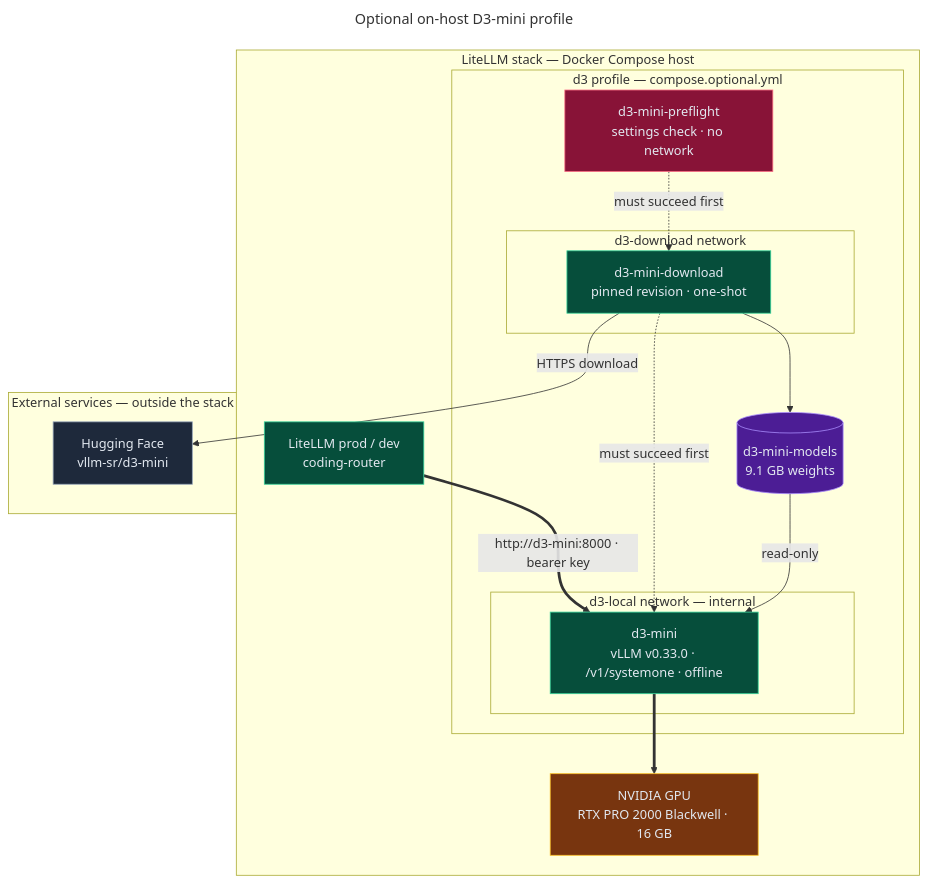
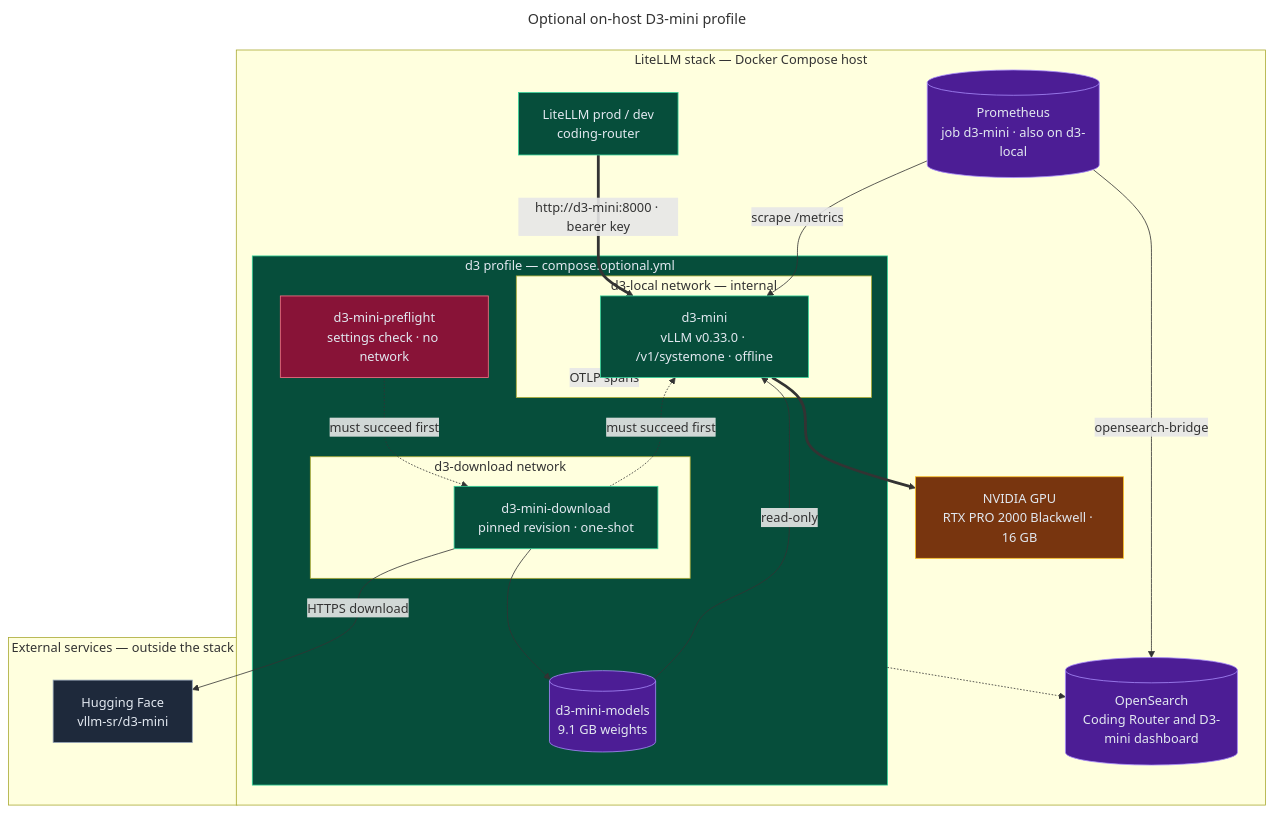
One commit to bella-1337/effective-spoon changed the diagram in diagrams/27-d3-profile.mmd. Above: the diagram before and after it, drawn with Mermaid. The commit also changed 21 other files, not shown here.

```diff
--- a/diagrams/27-d3-profile.mmd
+++ b/diagrams/27-d3-profile.mmd
@@ -1,46 +1,53 @@
 ---
 title: Optional on-host D3-mini profile
 ---
 flowchart TD
   %% Source for 27-d3-profile.html. Edit this file, then run ./scripts/render-diagrams.py.
   %% Directives: docs in diagrams/README.md (Updating diagrams).
   %% @mode architecture
   %% @subtitle coding-router decisions on the stack host's own NVIDIA GPU, sized for a single 16 GB RTX PRO 2000 Blackwell
   %% @card cyan | Decision path | coding-router sends each prompt to http://d3-mini:8000/v1/systemone with D3_DECISION_API_KEY | Inputs over D3_MAX_INPUT_TOKENS are rejected and scored by the local heuristic | A failure or timeout falls back to the heuristic too; the gateways never wait for d3-mini
-  %% @card violet | Isolation | d3-mini sits on the internal d3-local network with the two gateways only | It runs offline, without root, with a read-only model volume | No host port and no Traefik route
+  %% @card violet | Isolation | d3-mini sits on the internal d3-local network with the two gateways, Prometheus, and Data Prepper | It runs offline, without root, with a read-only model volume | No host port and no Traefik route
   %% @card rose | Start-up | d3-mini-preflight rejects out-of-range settings with no network | d3-mini-download alone reaches Hugging Face, for the pinned revision | vLLM reserves D3_GPU_MEMORY_UTILIZATION and checks the cap before serving
   %% @journey #22d3ee: LL D3 GPU
   %% @journey #fb7185: PF DL HF
 
   subgraph ST["LiteLLM stack — Docker Compose host"]
     LL["LiteLLM prod / dev<br/>coding-router"]:::backend
     subgraph DP["d3 profile — compose.optional.yml"]
       PF["d3-mini-preflight<br/>settings check · no network"]:::security
       subgraph DDN["d3-download network"]
         DL["d3-mini-download<br/>pinned revision · one-shot"]:::backend
       end
       VOL[("d3-mini-models<br/>9.1 GB weights")]:::database
       subgraph DLN["d3-local network — internal"]
         D3["d3-mini<br/>vLLM v0.33.0 · /v1/systemone · offline"]:::backend
       end
     end
     GPU["NVIDIA GPU<br/>RTX PRO 2000 Blackwell · 16 GB"]:::cloud
+    PM[("Prometheus<br/>job d3-mini · also on d3-local")]:::database
+    DP["Data Prepper<br/>OTLP spans · also on d3-local"]:::backend
+    OS[("OpenSearch<br/>Coding Router and D3-mini dashboard")]:::database
   end
   subgraph EX["External services — outside the stack"]
     HF["Hugging Face<br/>vllm-sr/d3-mini"]:::external
   end
 
   LL ==>|"http://d3-mini:8000 · bearer key"| D3
   D3 ==> GPU
   PF -.->|"must succeed first"| DL
   DL -->|"HTTPS download"| HF
   DL --> VOL
   DL -.->|"must succeed first"| D3
   VOL -->|"read-only"| D3
+  PM -->|"scrape /metrics"| D3
+  D3 -.->|"OTLP spans"| DP
+  PM -->|"opensearch-bridge"| OS
+  DP -.-> OS
 
   classDef backend fill:#064e3b,stroke:#34d399,color:#e2e8f0
   classDef cloud fill:#78350f,stroke:#fbbf24,color:#e2e8f0
   classDef database fill:#4c1d95,stroke:#a78bfa,color:#e2e8f0
   classDef external fill:#1e293b,stroke:#94a3b8,color:#e2e8f0
   classDef frontend fill:#083344,stroke:#22d3ee,color:#e2e8f0
   classDef security fill:#881337,stroke:#fb7185,color:#e2e8f0
```
